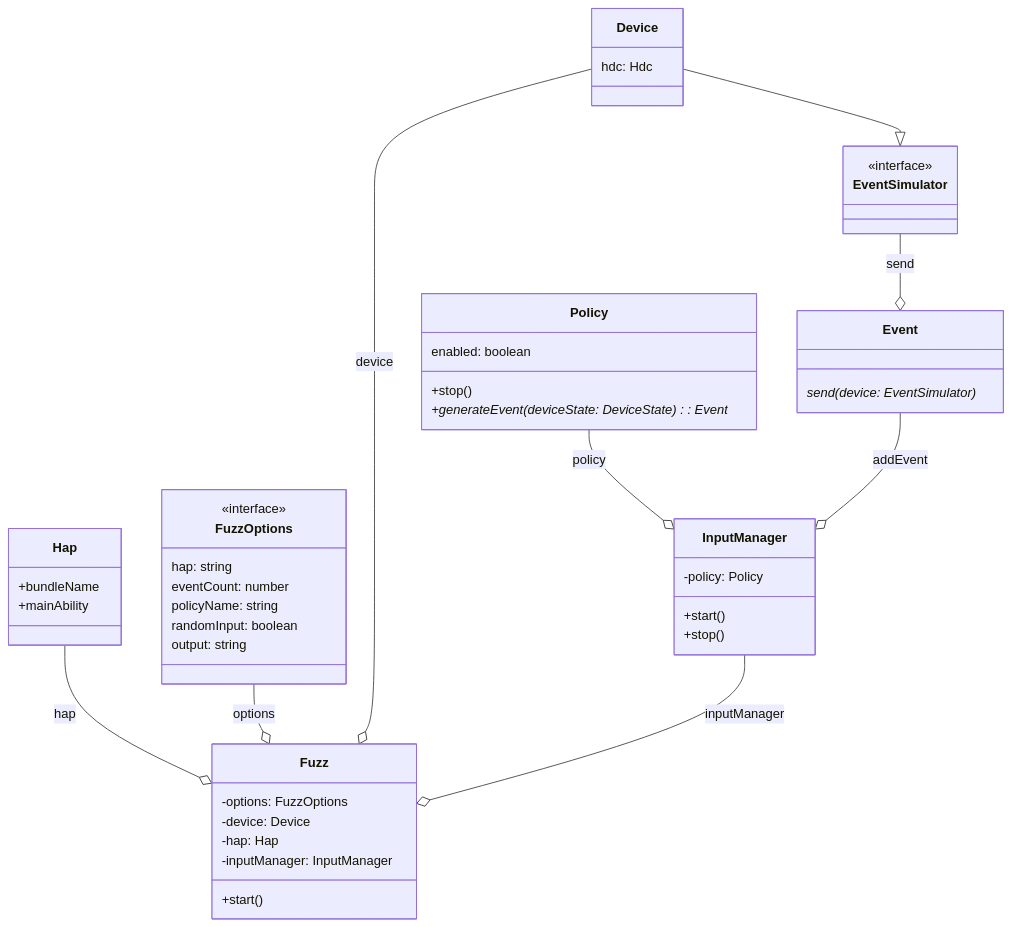
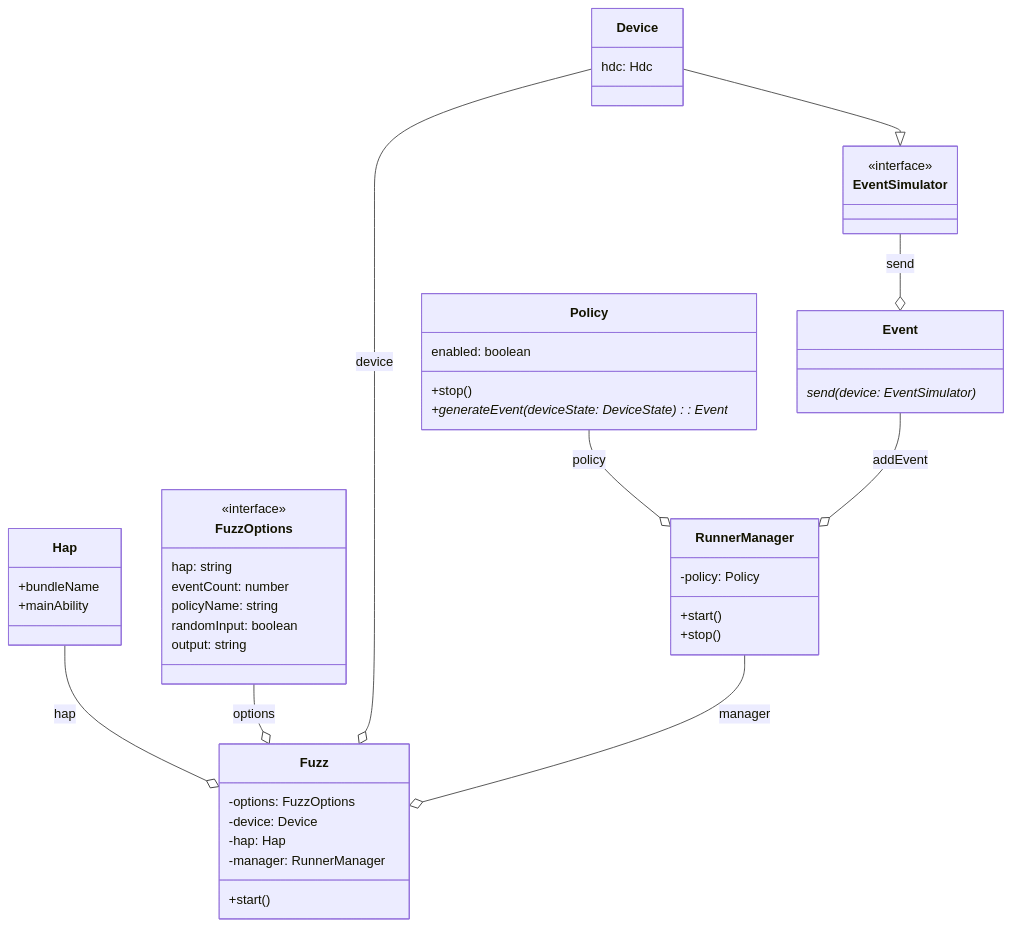
Before and after one commit to SMAT-Lab/HapTest: the diagram in doc/system_classes.md, drawn with Mermaid. The commit also changed 1 other file, not shown here.

Commit message:
rename class

````diff
--- a/doc/system_classes.md
+++ b/doc/system_classes.md
@@ -1,60 +1,60 @@
 ```Mermaid
 classDiagram
     class FuzzOptions {
         hap: string
         eventCount: number
         policyName: string
         randomInput: boolean
         output: string
     }
     <<interface>> FuzzOptions
 
     class Fuzz {
         -options: FuzzOptions
         -device: Device
         -hap: Hap
-        -inputManager: InputManager
+        -manager: RunnerManager
 
         +start()
     }
 
     class Hap {
         +bundleName
         +mainAbility
     }
 
     class EventSimulator {
 
     }
     <<interface>> EventSimulator
 
     class Device {
         hdc: Hdc
     }
 
-    class InputManager {
+    class RunnerManager {
         -policy: Policy
         +start()
         +stop()
     }
 
     class Policy {
         enabled: boolean
         +stop()
         +generateEvent(deviceState: DeviceState): Event*
     }
 
     class Event {
         send(device: EventSimulator)*
     }
 
     Device  --|>  EventSimulator
     Hap --o Fuzz: hap
     FuzzOptions --o Fuzz: options
     Device --o Fuzz: device
-    InputManager --o Fuzz: inputManager
-    Policy --o InputManager: policy
+    RunnerManager --o Fuzz: manager
+    Policy --o RunnerManager: policy
 
-    Event --o InputManager: addEvent
+    Event --o RunnerManager: addEvent
     EventSimulator --o Event: send
 ```
````
